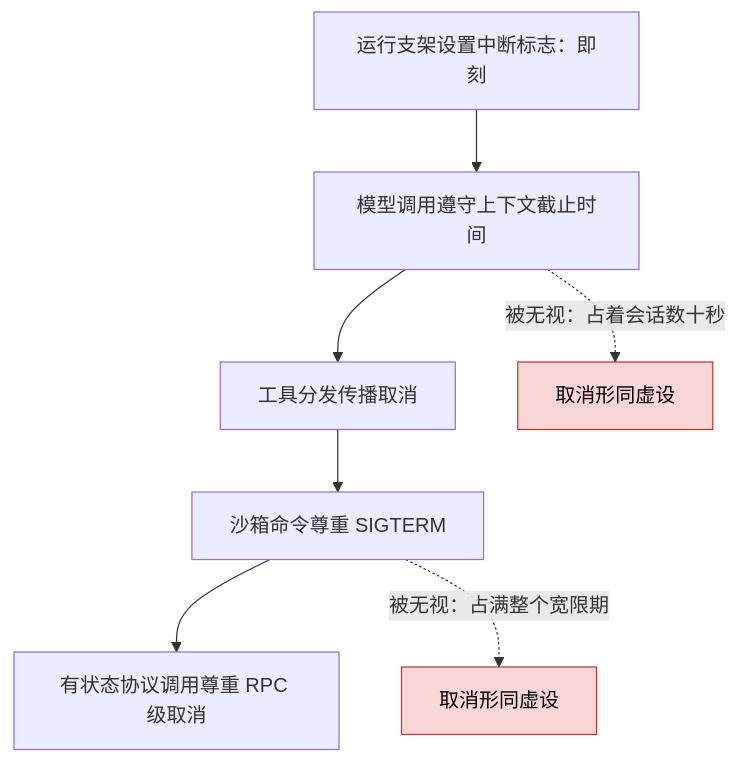
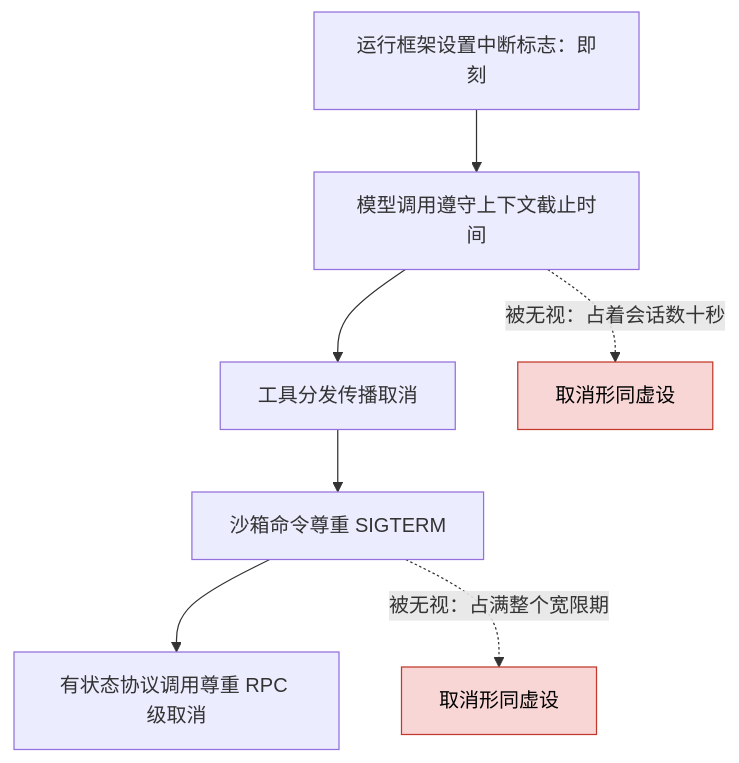
Before and after one commit to latere-ai/ai-as-an-infrastructure: the second of 4 diagrams in zh/p5-orchestration/23-the-harness.qmd, drawn with Mermaid. The commit also changed other lines of this file and 106 other files, not shown here.

````diff
--- a/zh/p5-orchestration/23-the-harness.qmd
+++ b/zh/p5-orchestration/23-the-harness.qmd
@@ -88,16 +50,16 @@
 ```{mermaid}
 %%| label: fig-harness-cancel-cascade
-%%| fig-cap: "取消感知级联。中断标志是即刻的，但取消只有在每一个下游跳都遵守它之后才生效。一个不配合的跳就限定了整个结果，所以悬挂的延迟标出了取消在何处形同虚设。"
+%%| fig-cap: "取消级联。中断标志是即刻的，但取消只有在每一个下游跳都遵守它之后才生效。一个不配合的跳就限定了整个结果，所以悬挂的延迟标出了取消在何处形同虚设。"
 flowchart TB
     classDef bad fill:#f9d6d6,stroke:#c0392b,color:#000
 
-    FLAG["运行支架设置中断标志：即刻"] --> MODEL["模型调用遵守上下文截止时间"]
+    FLAG["运行框架设置中断标志：即刻"] --> MODEL["模型调用遵守上下文截止时间"]
     MODEL --> TOOL["工具分发传播取消"]
     TOOL --> SBX["沙箱命令尊重 SIGTERM"]
     SBX --> RPC["有状态协议调用尊重 RPC 级取消"]
 
     MODEL -.->|被无视：占着会话数十秒| D1["取消形同虚设"]
     SBX -.->|被无视：占满整个宽限期| D2["取消形同虚设"]
 
     class D1,D2 bad
 ```
````
